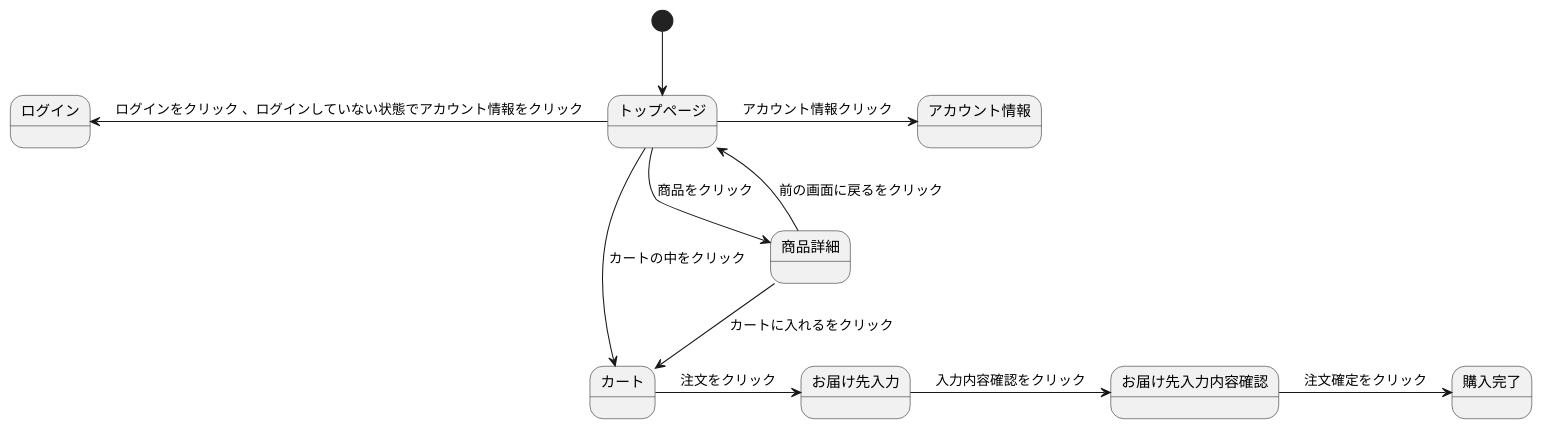
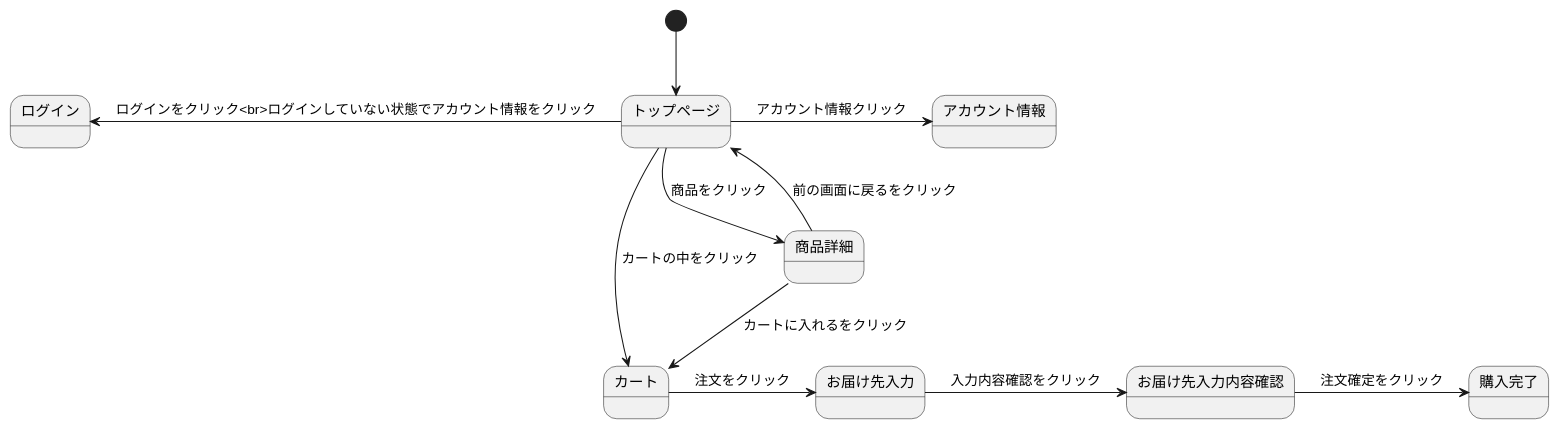
Before and after one commit to Aso2001133/2021sys-design: the diagram in sumple_01.md, drawn with PlantUML.

````diff
--- a/sumple_01.md
+++ b/sumple_01.md
@@ -1,23 +1,23 @@
 ```uml
 @startuml
 [*] --> トップページ 
 
 トップページ -> アカウント情報 : アカウント情報クリック 
 
-トップページ -left-> ログイン : ログインをクリック 、ログインしていない状態でアカウント情報をクリック
+トップページ -left-> ログイン : ログインをクリック<br>ログインしていない状態でアカウント情報をクリック
 
 トップページ --> 商品詳細 : 商品をクリック 
 
 トップページ --> カート : カートの中をクリック 
 
 商品詳細 --> カート : カートに入れるをクリック 
 
 商品詳細 --> トップページ : 前の画面に戻るをクリック 
 
 カート -> お届け先入力 : 注文をクリック 
 
 お届け先入力 -> お届け先入力内容確認 : 入力内容確認をクリック 
 
 お届け先入力内容確認 -> 購入完了 : 注文確定をクリック 
 @enduml
 ```
````
